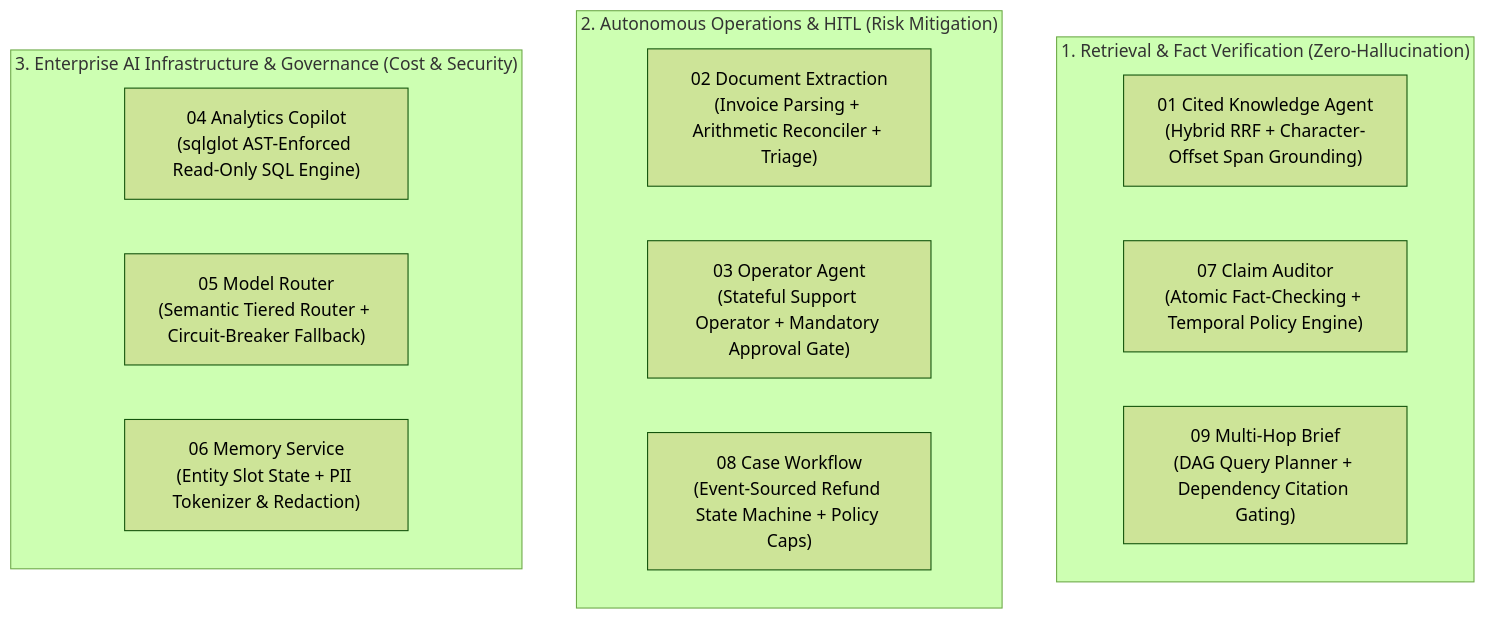
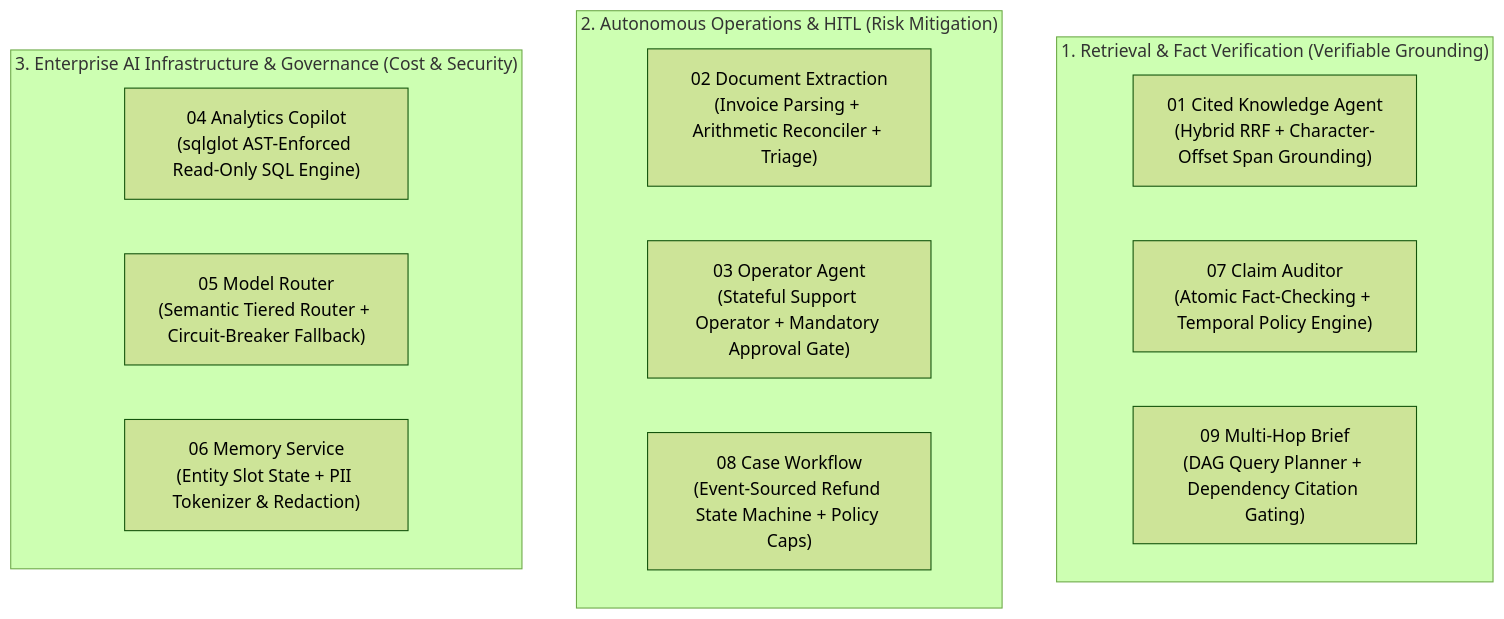
The diagram in README.md (varadganjoo/enterprise-ai-systems), drawn with Mermaid (forest theme) before and after one commit. The commit also changed other lines of this file, not shown here.

Commit message:
docs(attribution): add pair-programming attribution and refine retrieval terminology

````diff
--- a/README.md
+++ b/README.md
@@ -11,20 +11,20 @@
 ```mermaid
 flowchart TD
-    subgraph Cluster1["1. Retrieval & Fact Verification (Zero-Hallucination)"]
+    subgraph Cluster1["1. Retrieval & Fact Verification (Verifiable Grounding)"]
         P1["01 Cited Knowledge Agent<br/>(Hybrid RRF + Character-Offset Span Grounding)"]
         P7["07 Claim Auditor<br/>(Atomic Fact-Checking + Temporal Policy Engine)"]
         P9["09 Multi-Hop Brief<br/>(DAG Query Planner + Dependency Citation Gating)"]
     end
 
     subgraph Cluster2["2. Autonomous Operations & HITL (Risk Mitigation)"]
         P2["02 Document Extraction<br/>(Invoice Parsing + Arithmetic Reconciler + Triage)"]
         P3["03 Operator Agent<br/>(Stateful Support Operator + Mandatory Approval Gate)"]
         P8["08 Case Workflow<br/>(Event-Sourced Refund State Machine + Policy Caps)"]
     end
 
     subgraph Cluster3["3. Enterprise AI Infrastructure & Governance (Cost & Security)"]
         P4["04 Analytics Copilot<br/>(sqlglot AST-Enforced Read-Only SQL Engine)"]
         P5["05 Model Router<br/>(Semantic Tiered Router + Circuit-Breaker Fallback)"]
         P6["06 Memory Service<br/>(Entity Slot State + PII Tokenizer & Redaction)"]
     end
 ```
````
